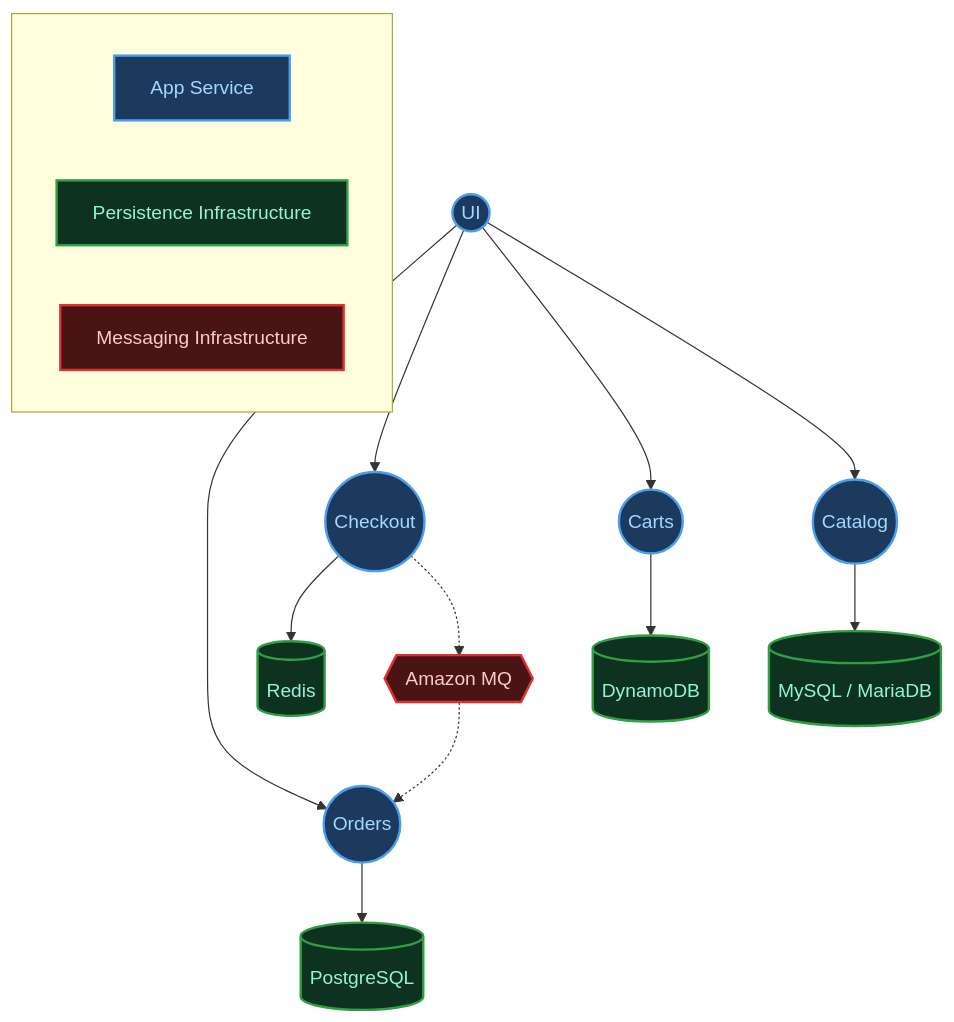
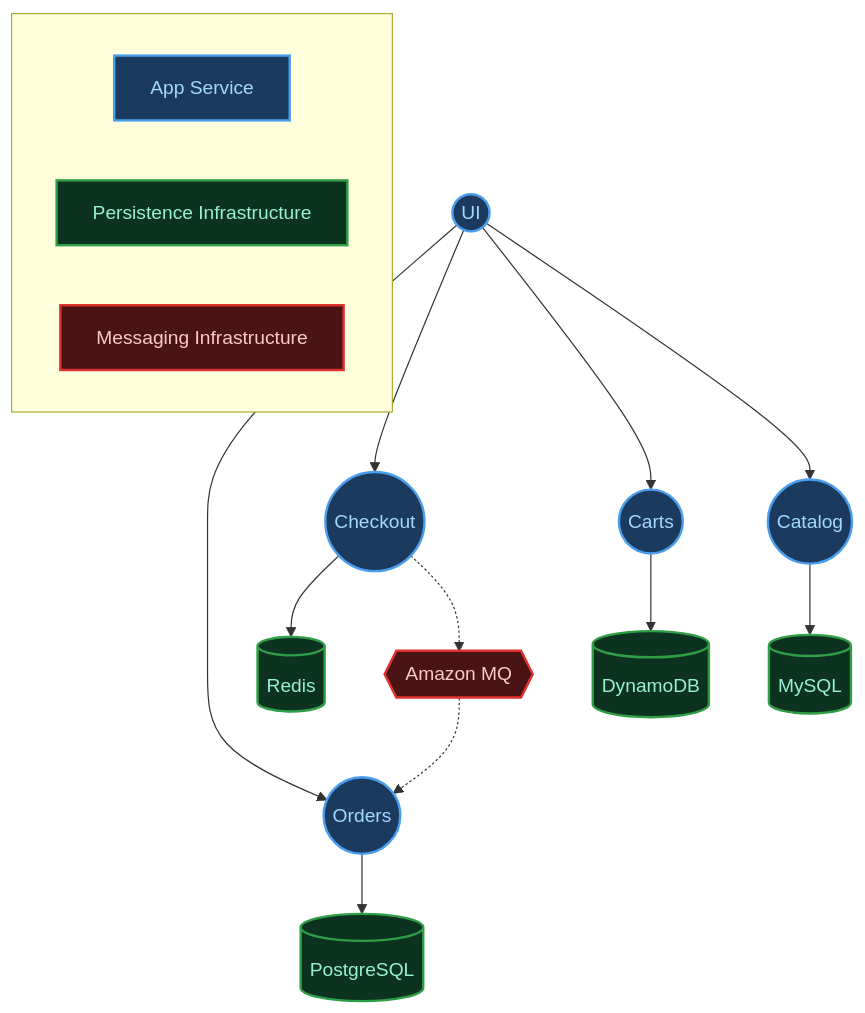
The third of 3 diagrams in docs/architecture.md (Nisha318/retail-ecs-fargate-multitier), drawn with Mermaid before and after one commit. The commit also changed other lines of this file and 20 other files, not shown here.

First line of the commit message:
feat: Implement Catalog service with Aurora MySQL Serverless v2

````diff
--- a/docs/architecture.md
+++ b/docs/architecture.md
@@ -246,35 +249,35 @@
 ```mermaid
 flowchart TB
     UI((UI))
 
     UI --> Orders((Orders))
     UI --> Checkout((Checkout))
     UI --> Carts((Carts))
     UI --> Catalog((Catalog))
 
     Orders --> OrdersDB[(PostgreSQL)]
     Checkout --> CheckoutDB[(Redis)]
     Carts --> CartsDB[(DynamoDB)]
-    Catalog --> CatalogDB[(MySQL / MariaDB)]
+    Catalog --> CatalogDB[(MySQL)]
 
     MQ{{Amazon MQ}}
     Checkout -.-> MQ
     MQ -.-> Orders
 
     classDef app fill:#1c3a5e,stroke:#4a9eed,stroke-width:2px,color:#a5d8ff
     classDef persistence fill:#0d3320,stroke:#2f9e44,stroke-width:2px,color:#96f2d7
     classDef messaging fill:#4a1414,stroke:#e03131,stroke-width:2px,color:#ffc9c9
 
     class UI,Orders,Checkout,Carts,Catalog app
     class OrdersDB,CheckoutDB,CartsDB,CatalogDB persistence
     class MQ messaging
 
     subgraph Legend[" "]
         L1[App Service]
         L2[Persistence Infrastructure]
         L3[Messaging Infrastructure]
     end
     class L1 app
     class L2 persistence
     class L3 messaging
 ```
````
